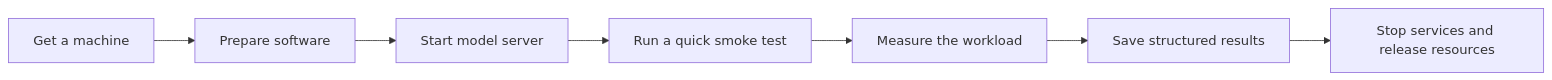
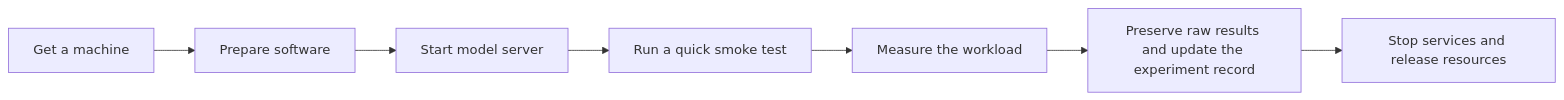
One commit to cloudrift-ai/emmy changed the fourth of 8 diagrams in docs/docs/course/project_course.mdx. Above: the diagram before and after it, drawn with Mermaid. The commit also changed other lines of this file and 5 other files, not shown here.

````diff
--- a/docs/docs/course/project_course.mdx
+++ b/docs/docs/course/project_course.mdx
@@ -516,9 +518,9 @@
 ```mermaid
 flowchart LR
     Allocate[Get a machine] --> Prepare[Prepare software]
     Prepare --> Deploy[Start model server]
     Deploy --> Smoke[Run a quick smoke test]
     Smoke --> Benchmark[Measure the workload]
-    Benchmark --> Save[Save structured results]
+    Benchmark --> Save[Preserve raw results and update the experiment record]
     Save --> Cleanup[Stop services and release resources]
 ```
````
